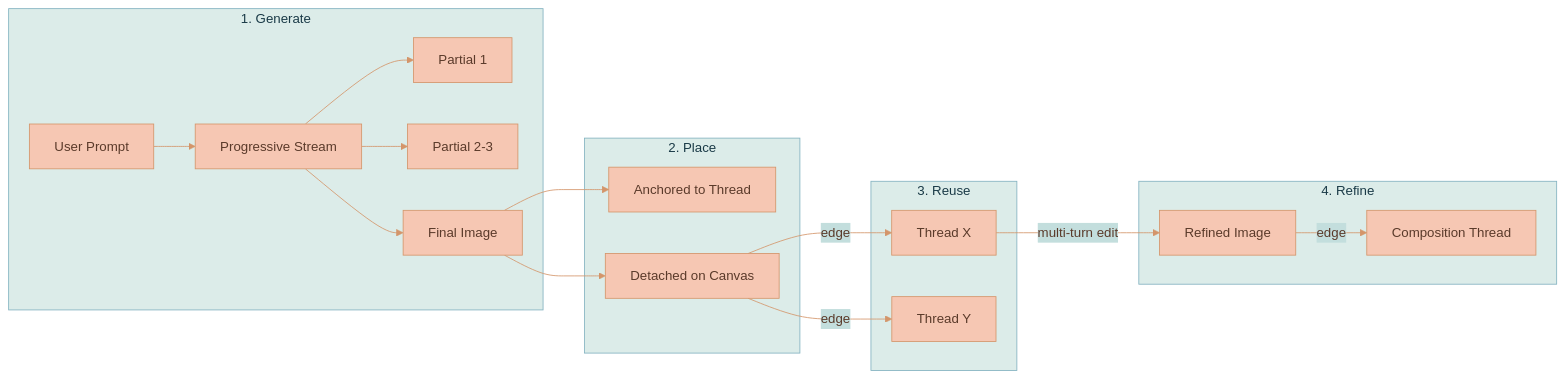
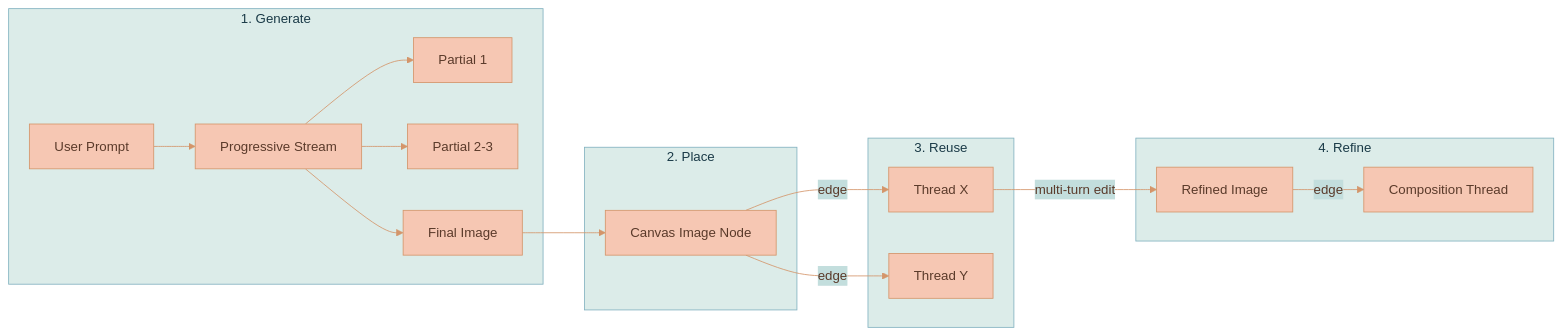
One commit to Lixpi/lixpi changed the third of 7 diagrams in documentation/PRODUCT-OVERVIEW.md. Above: the diagram before and after it, drawn with Mermaid. The commit also changed other lines of this file and 26 other files, not shown here.

First line of the commit message:
LIX-170 # feat(web-ui): image aspect ratio, imageNode theme block, remove anchored image feature

````diff
--- a/documentation/PRODUCT-OVERVIEW.md
+++ b/documentation/PRODUCT-OVERVIEW.md
@@ -99,25 +99,24 @@
 ```mermaid
 %%{init: {'theme': 'base', 'themeVariables': { 'primaryColor': '#F6C7B3', 'primaryTextColor': '#5a3a2a', 'primaryBorderColor': '#d4956a', 'secondaryColor': '#C3DEDD', 'secondaryTextColor': '#1a3a47', 'secondaryBorderColor': '#4a8a9d', 'tertiaryColor': '#DCECE9', 'tertiaryTextColor': '#1a3a47', 'tertiaryBorderColor': '#82B2C0', 'lineColor': '#d4956a', 'textColor': '#5a3a2a'}}}%%
 graph LR
     subgraph "1. Generate"
         P[User Prompt] --> S[Progressive Stream]
         S --> P1[Partial 1]
         S --> P2[Partial 2-3]
         S --> F[Final Image]
     end
 
     subgraph "2. Place"
-        F --> Anch[Anchored to Thread]
-        F --> Det[Detached on Canvas]
+        F --> Det[Canvas Image Node]
     end
 
     subgraph "3. Reuse"
         Det -->|edge| T1[Thread X]
         Det -->|edge| T2[Thread Y]
     end
 
     subgraph "4. Refine"
         T1 -->|multi-turn edit| Ref[Refined Image]
         Ref -->|edge| Comp[Composition Thread]
     end
 ```
````
